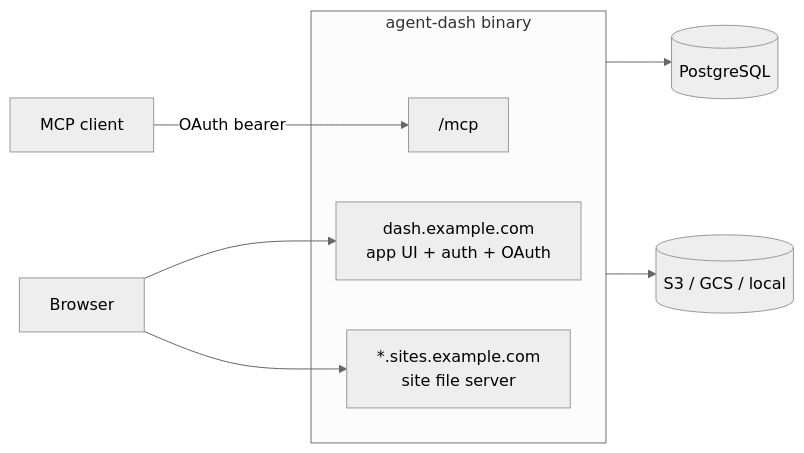
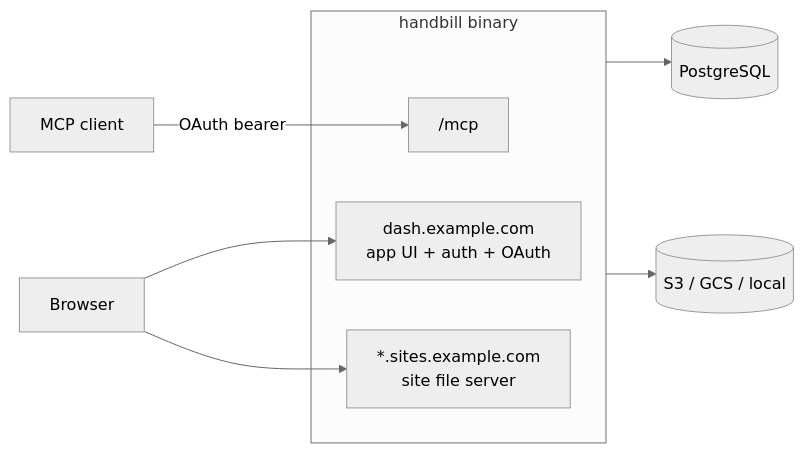
The diagram in docs/design.md (ferrule-io/handbill), drawn with Mermaid (neutral theme) before and after one commit. The commit also changed other lines of this file and 34 other files, not shown here.

````diff
--- a/docs/design.md
+++ b/docs/design.md
@@ -9,13 +9,13 @@
 ```mermaid
 flowchart LR
   agent[MCP client] -->|OAuth bearer| mcp["/mcp"]
   browser[Browser] --> app["dash.example.com<br/>app UI + auth + OAuth"]
   browser --> sites["*.sites.example.com<br/>site file server"]
-  subgraph bin[agent-dash binary]
+  subgraph bin[handbill binary]
     mcp
     app
     sites
   end
   bin --> pg[(PostgreSQL)]
   bin --> store[(S3 / GCS / local)]
 ```
````
